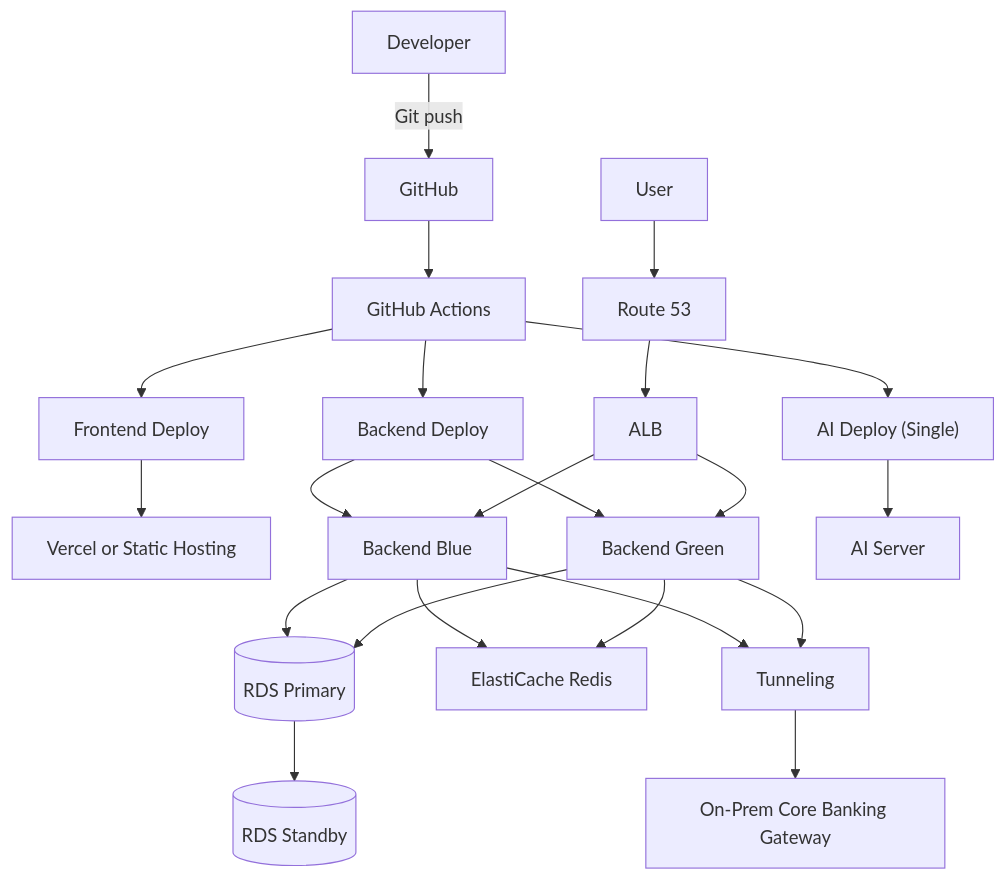
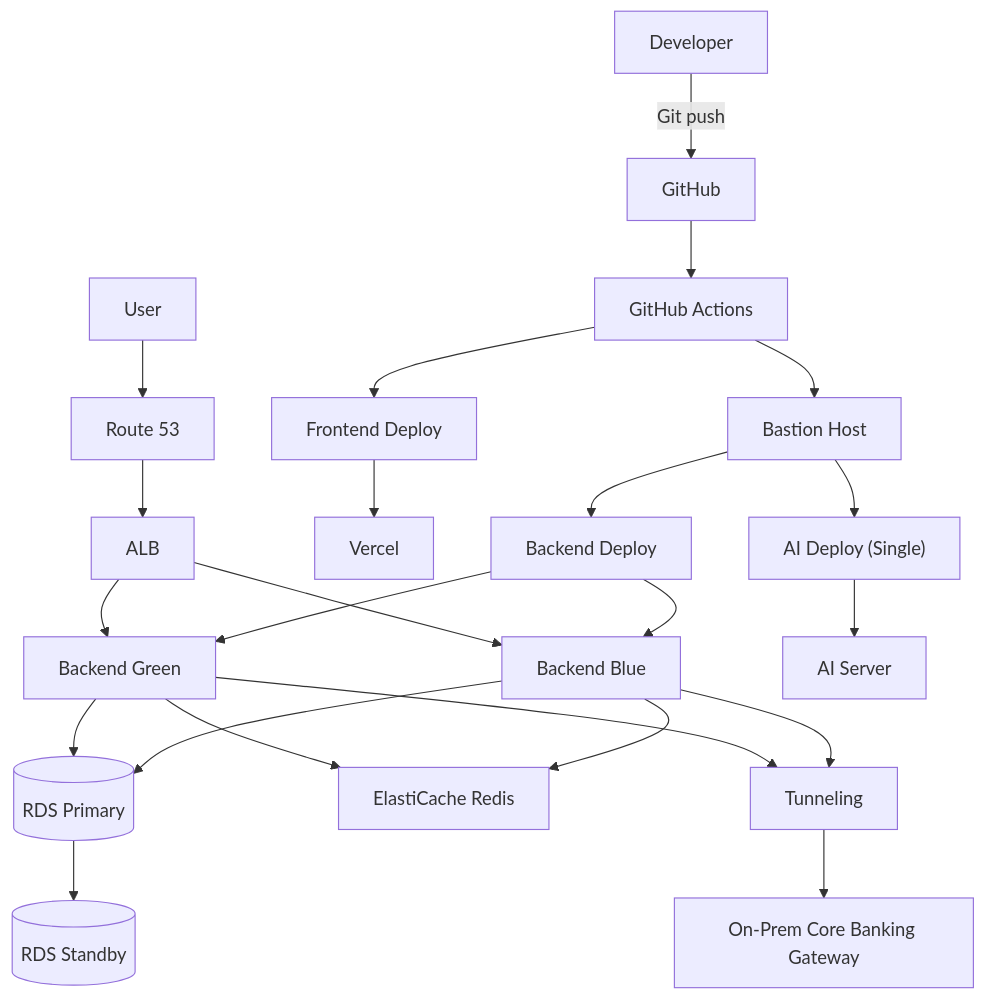
Before and after one commit to jaepar/NOVA: the third of 4 diagrams in AGENTS.md, drawn with Mermaid. The commit also changed other lines of this file, not shown here.

````diff
--- a/AGENTS.md
+++ b/AGENTS.md
@@ -34,32 +34,33 @@
 ```mermaid
 flowchart TD
     Dev["Developer"] -->|"Git push"| Repo["GitHub"]
     Repo --> GA["GitHub Actions"]
+    GA --> Bastion["Bastion Host"]
 
     User["User"] --> DNS["Route 53"]
     DNS --> ALB["ALB"]
 
     GA --> FEDeploy["Frontend Deploy"]
-    FEDeploy --> FEHost["Vercel or Static Hosting"]
+    FEDeploy --> FEHost["Vercel"]
 
-    GA --> BEDeploy["Backend Deploy"]
+    Bastion --> BEDeploy["Backend Deploy"]
     BEDeploy --> BEBlue["Backend Blue"]
     BEDeploy --> BEGreen["Backend Green"]
 
-    GA --> AIDeploy["AI Deploy (Single)"]
+    Bastion --> AIDeploy["AI Deploy (Single)"]
     AIDeploy --> AISingle["AI Server"]
 
     ALB --> BEBlue
     ALB --> BEGreen
 
     BEBlue --> RDSPrimary[("RDS Primary")]
     BEGreen --> RDSPrimary
     RDSPrimary --> RDSStandby[("RDS Standby")]
 
     BEBlue --> Redis["ElastiCache Redis"]
     BEGreen --> Redis
 
     BEBlue --> Tunnel["Tunneling"]
     BEGreen --> Tunnel
     Tunnel --> CBGW["On-Prem Core Banking Gateway"]
 ```
````
